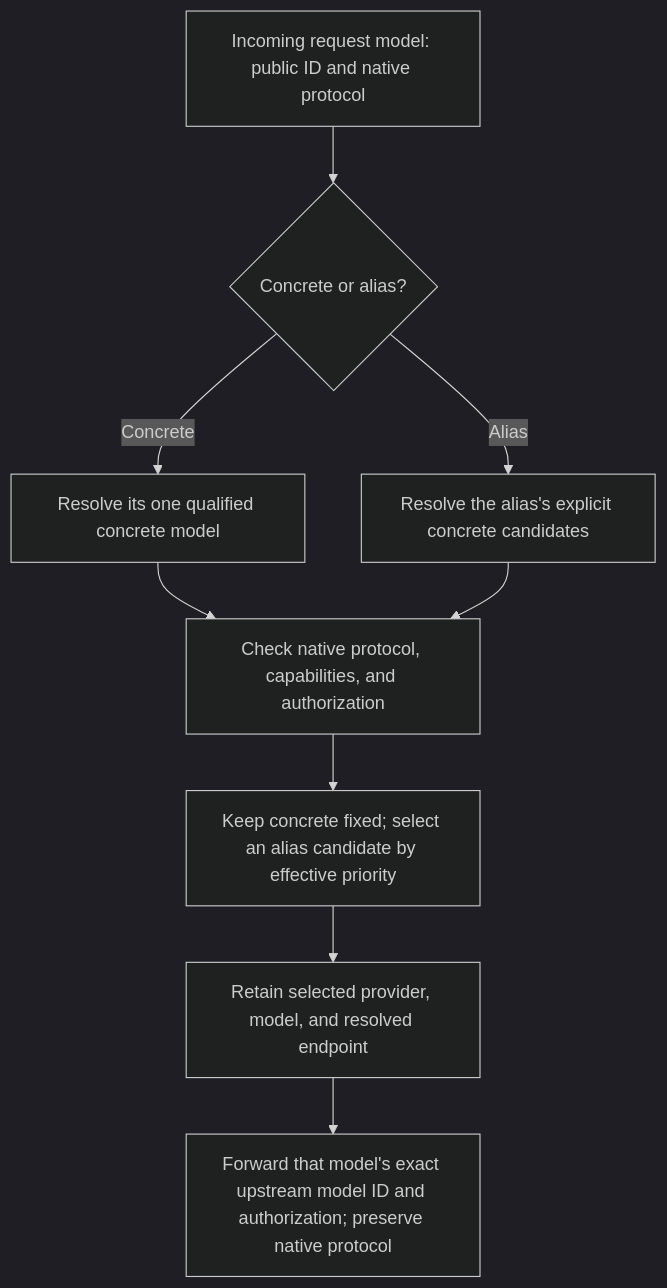
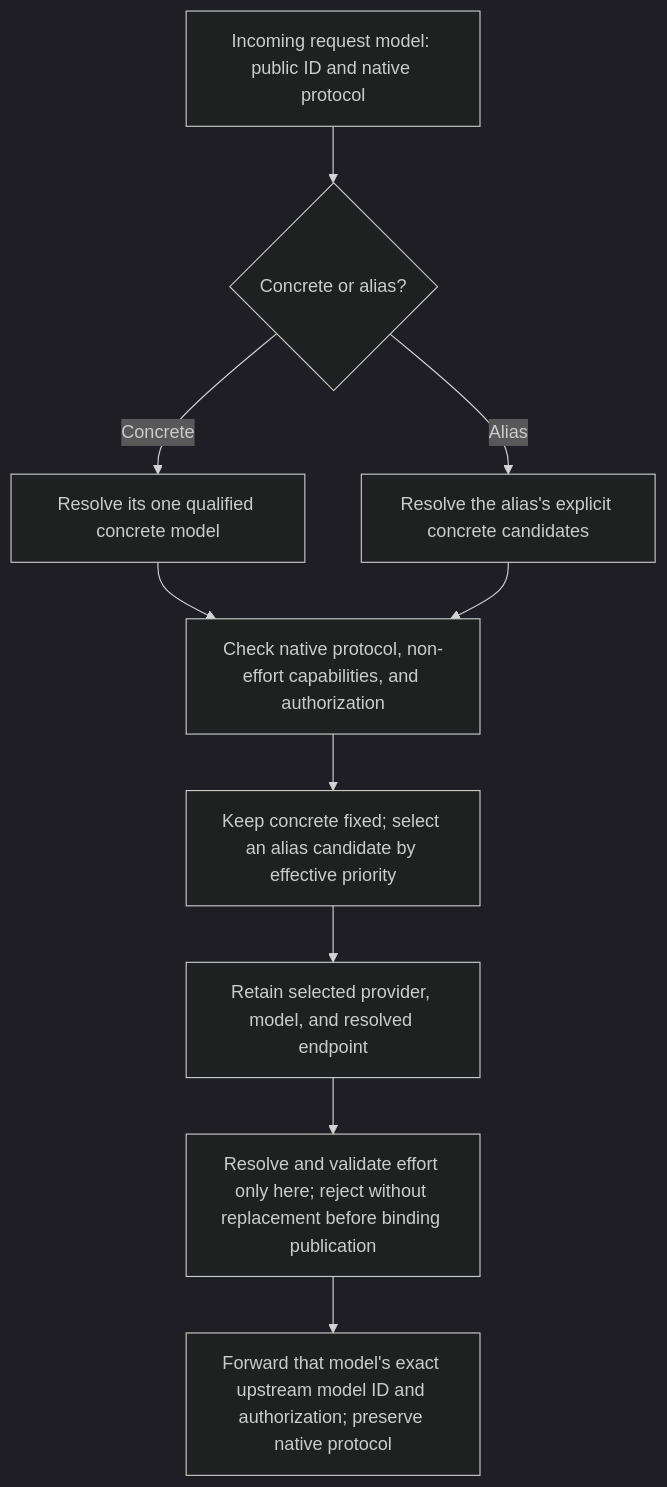
One commit to suraciii/tmax changed the diagram in specs/model-routing/spec.md. Above: the diagram before and after it, drawn with Mermaid (dark theme). The commit also changed other lines of this file and 49 other files, not shown here.

Commit message:
feat(reasoning): map effort inputs without changing selected backends (#25)

````diff
--- a/specs/model-routing/spec.md
+++ b/specs/model-routing/spec.md
@@ -500,11 +544,12 @@
 ```mermaid
 flowchart TB
     Request["Incoming request model: public ID and native protocol"] --> Kind{"Concrete or alias?"}
     Kind -->|Concrete| Fixed["Resolve its one qualified concrete model"]
     Kind -->|Alias| Candidates["Resolve the alias's explicit concrete candidates"]
-    Fixed --> Eligible["Check native protocol, capabilities, and authorization"]
+    Fixed --> Eligible["Check native protocol, non-effort capabilities, and authorization"]
     Candidates --> Eligible
     Eligible --> Model["Keep concrete fixed; select an alias candidate by effective priority"]
     Model --> Destination["Retain selected provider, model, and resolved endpoint"]
-    Destination --> Dispatch["Forward that model's exact upstream model ID and authorization; preserve native protocol"]
+    Destination --> Effort["Resolve and validate effort only here; reject without replacement before binding publication"]
+    Effort --> Dispatch["Forward that model's exact upstream model ID and authorization; preserve native protocol"]
 ```
````
